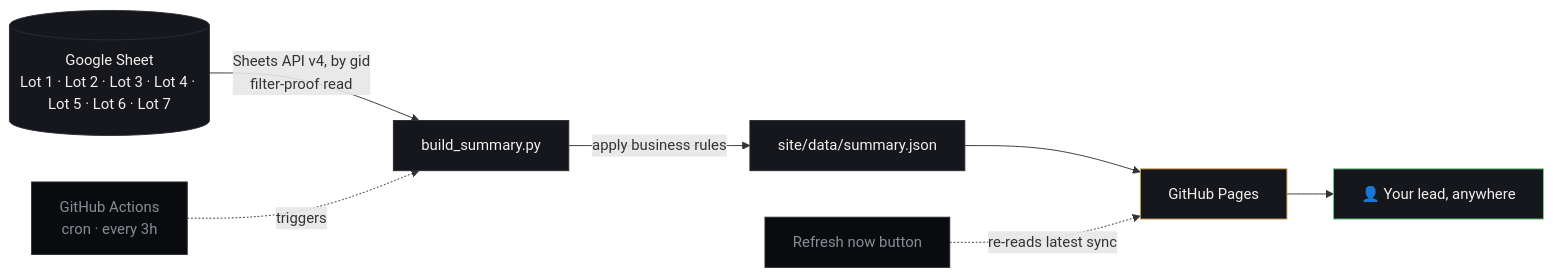
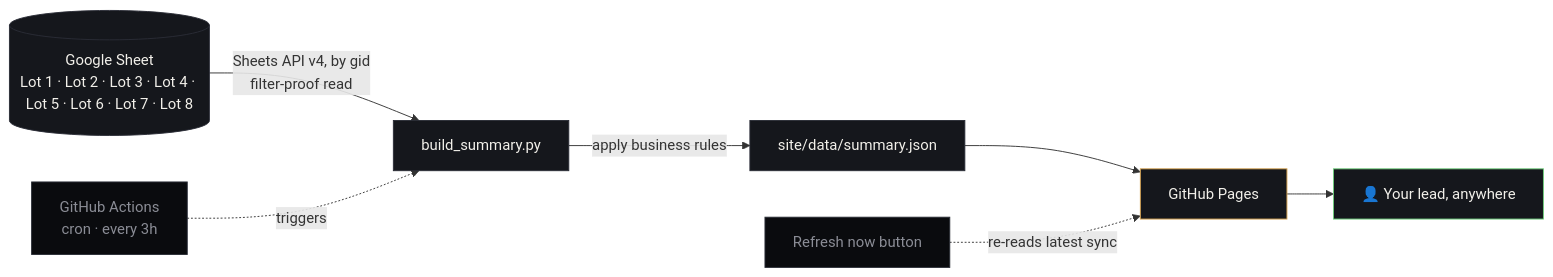
The diagram in README.md (vikramdex-ops/iso-review-dashboard), drawn with Mermaid before and after one commit. The commit also changed other lines of this file and 2 other files, not shown here.

````diff
--- a/README.md
+++ b/README.md
@@ -98,17 +98,17 @@
 ```mermaid
 flowchart LR
-    A[("Google Sheet\nLot 1 · Lot 2 · Lot 3 · Lot 4 · Lot 5 · Lot 6 · Lot 7")] -->|Sheets API v4, by gid\nfilter-proof read| B["build_summary.py"]
+    A[("Google Sheet\nLot 1 · Lot 2 · Lot 3 · Lot 4 · Lot 5 · Lot 6 · Lot 7 · Lot 8")] -->|Sheets API v4, by gid\nfilter-proof read| B["build_summary.py"]
     B -->|apply business rules| C["site/data/summary.json"]
     C --> D["GitHub Pages"]
     E["GitHub Actions\ncron · every 3h"] -.triggers.-> B
     F["Refresh now button"] -.re-reads latest sync.-> D
     D --> G["👤 Your lead, anywhere"]
 
     style A fill:#15171c,stroke:#2a2d36,color:#f2f0ea
     style B fill:#15171c,stroke:#2a2d36,color:#f2f0ea
     style C fill:#15171c,stroke:#2a2d36,color:#f2f0ea
     style D fill:#15171c,stroke:#d7a34f,color:#f2f0ea
     style E fill:#0a0b0e,stroke:#2a2d36,color:#8b8d96
     style F fill:#0a0b0e,stroke:#2a2d36,color:#8b8d96
     style G fill:#15171c,stroke:#6fcf7c,color:#f2f0ea
 ```
````
